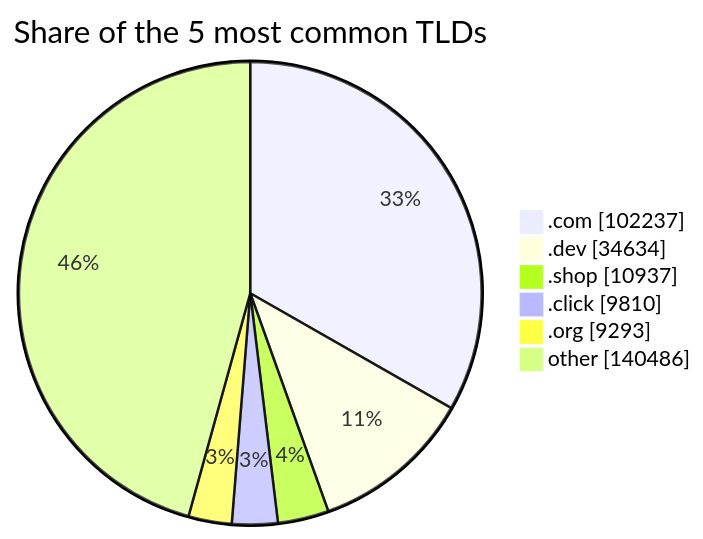
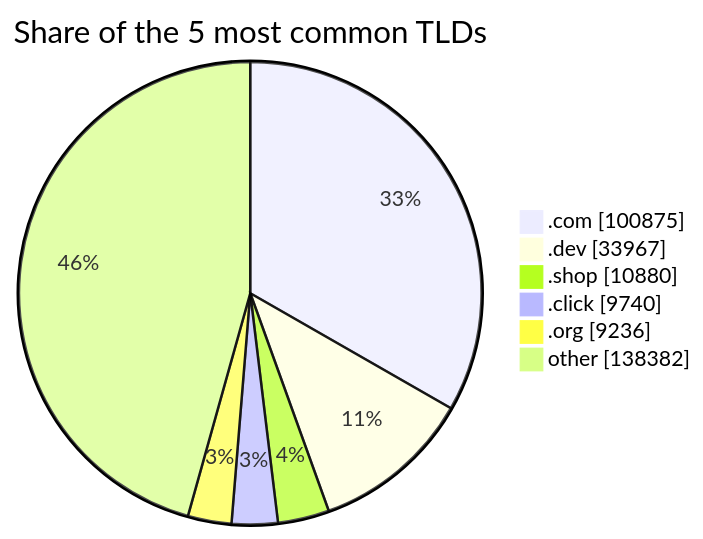
Before and after one commit to DNSBunker/CTI: the third of 3 diagrams in README.md, drawn with Mermaid. The commit also changed other lines of this file and 3 other files, not shown here.

````diff
--- a/README.md
+++ b/README.md
@@ -81,9 +81,9 @@
 ```mermaid
 pie showData title Share of the 5 most common TLDs
-    ".com" : 102237
-    ".dev" : 34634
-    ".shop" : 10937
-    ".click" : 9810
-    ".org" : 9293
-    "other" : 140486
+    ".com" : 100875
+    ".dev" : 33967
+    ".shop" : 10880
+    ".click" : 9740
+    ".org" : 9236
+    "other" : 138382
 ```
````
